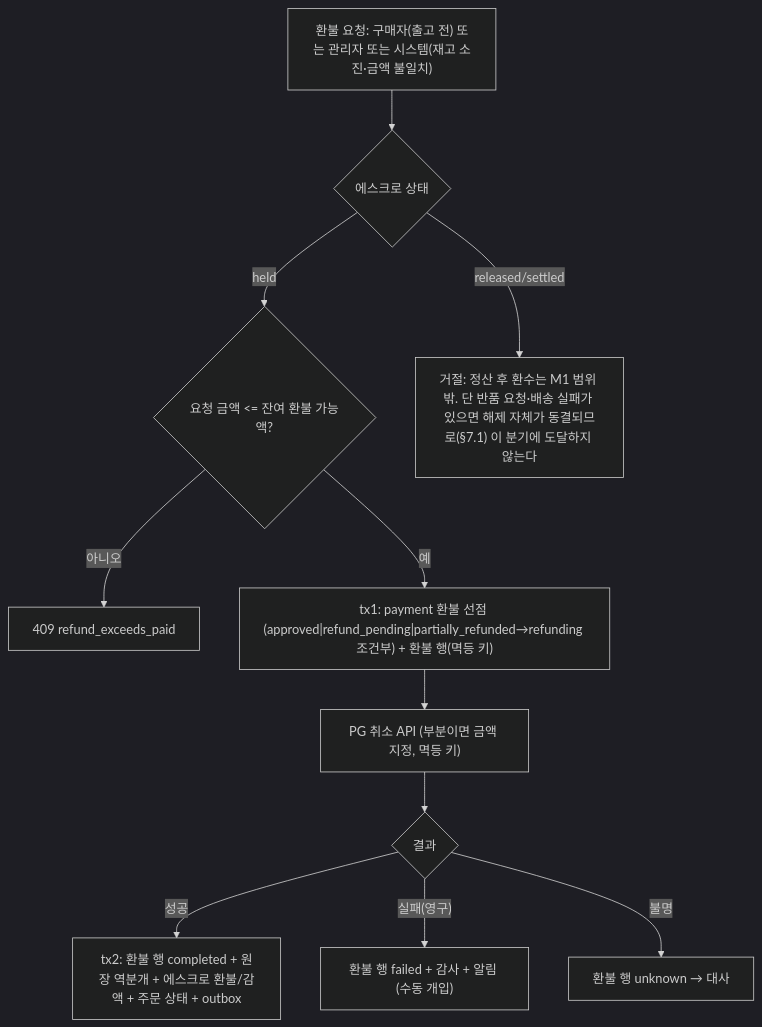
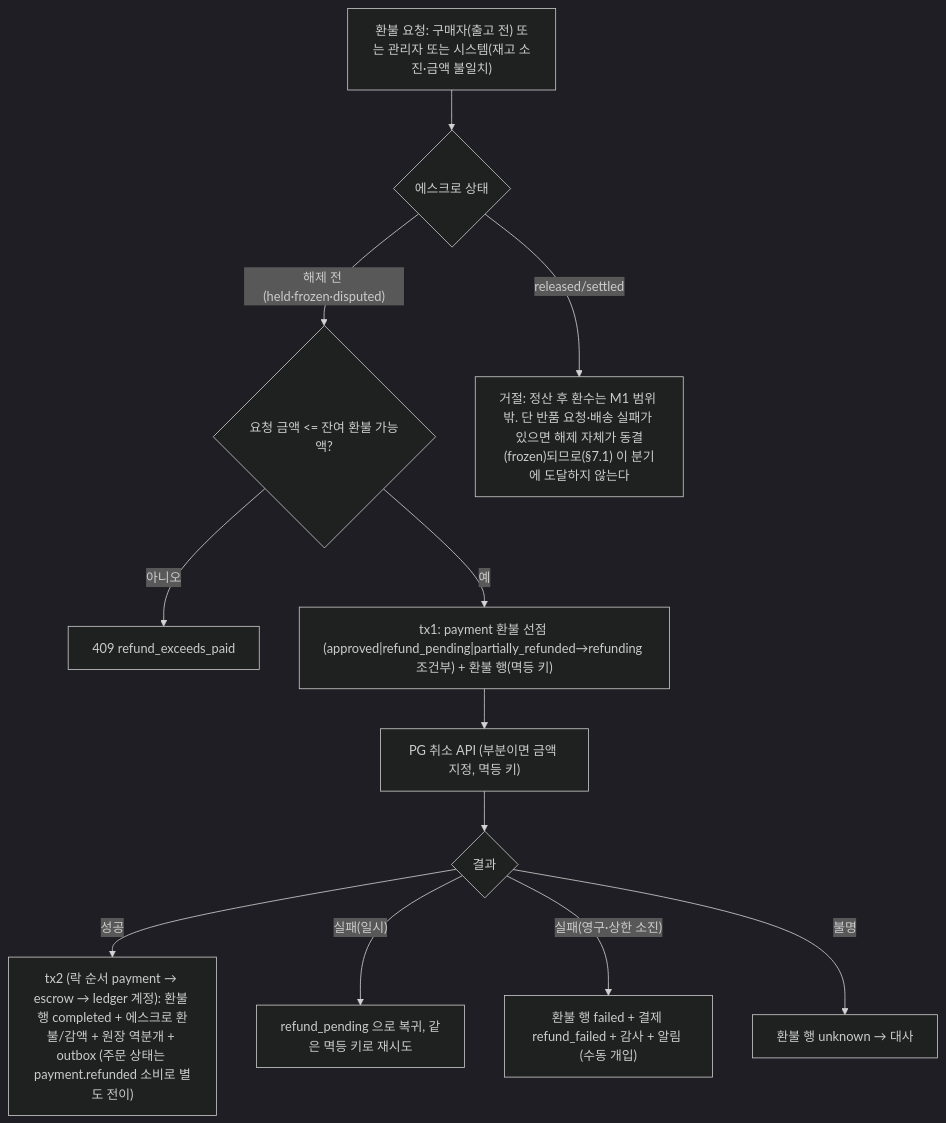
Diagram 14 of 26 in docs/design/phases/02-commerce.md (1985jwlee/portpolio_backend), drawn with Mermaid (dark theme) before and after one commit. The commit also changed other lines of this file and 50 other files, not shown here.

````diff
--- a/docs/design/phases/02-commerce.md
+++ b/docs/design/phases/02-commerce.md
@@ -700,13 +721,14 @@
 ```mermaid
 flowchart TD
     A["환불 요청: 구매자(출고 전) 또는 관리자 또는 시스템(재고 소진·금액 불일치)"] --> B{"에스크로 상태"}
-    B -- "held" --> C{"요청 금액 <= 잔여 환불 가능액?"}
-    B -- "released/settled" --> X["거절: 정산 후 환수는 M1 범위 밖. 단 반품 요청·배송 실패가 있으면 해제 자체가 동결되므로(§7.1) 이 분기에 도달하지 않는다"]
+    B -- "해제 전 (held·frozen·disputed)" --> C{"요청 금액 <= 잔여 환불 가능액?"}
+    B -- "released/settled" --> X["거절: 정산 후 환수는 M1 범위 밖. 단 반품 요청·배송 실패가 있으면 해제 자체가 동결(frozen)되므로(§7.1) 이 분기에 도달하지 않는다"]
     C -- "아니오" --> X2["409 refund_exceeds_paid"]
     C -- "예" --> D["tx1: payment 환불 선점 (approved|refund_pending|partially_refunded→refunding 조건부) + 환불 행(멱등 키)"]
     D --> E["PG 취소 API (부분이면 금액 지정, 멱등 키)"]
     E --> F{"결과"}
-    F -- "성공" --> G["tx2: 환불 행 completed + 원장 역분개 + 에스크로 환불/감액 + 주문 상태 + outbox"]
-    F -- "실패(영구)" --> H["환불 행 failed + 감사 + 알림 (수동 개입)"]
+    F -- "성공" --> G["tx2 (락 순서 payment → escrow → ledger 계정): 환불 행 completed + 에스크로 환불/감액 + 원장 역분개 + outbox (주문 상태는 payment.refunded 소비로 별도 전이)"]
+    F -- "실패(일시)" --> H0["refund_pending 으로 복귀, 같은 멱등 키로 재시도"]
+    F -- "실패(영구·상한 소진)" --> H["환불 행 failed + 결제 refund_failed + 감사 + 알림 (수동 개입)"]
     F -- "불명" --> I["환불 행 unknown → 대사"]
 ```
````
